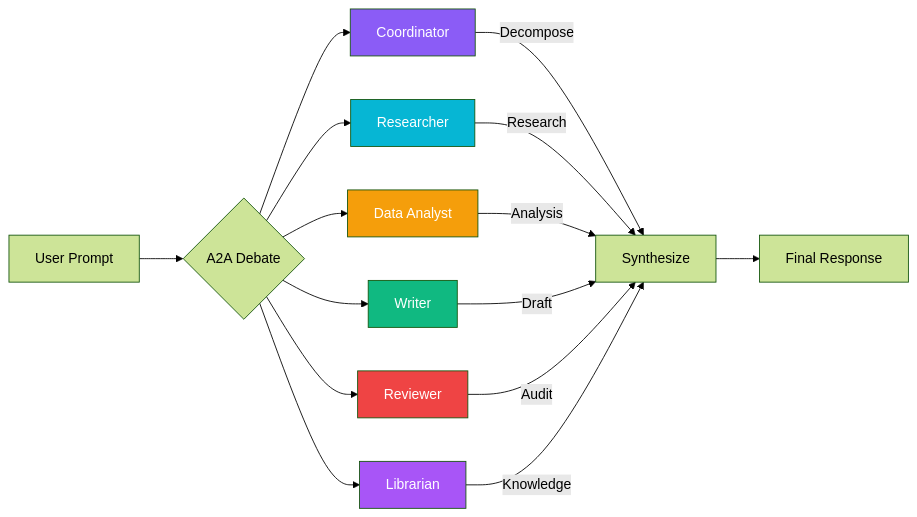
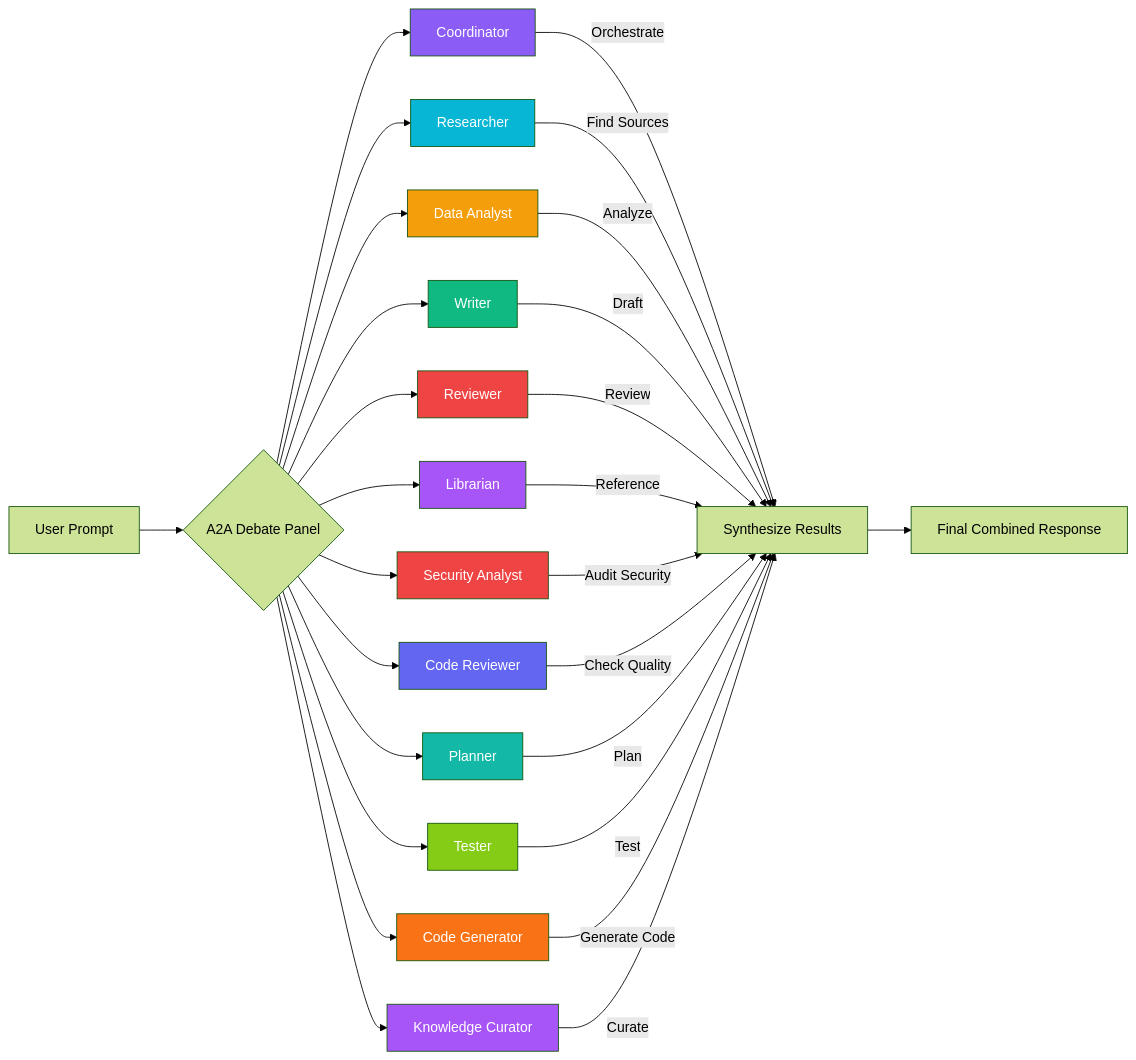
Before and after one commit to zsdotcom/zs-oks: the diagram in docs/guides/001-agents.md, drawn with Mermaid (forest theme). The commit also changed other lines of this file and 34 other files, not shown here.

Commit message:
docs: add Mermaid diagrams, expand agents to 12, add troubleshooting/FAQ, create Docsify site with SVG branding

````diff
--- a/docs/guides/001-agents.md
+++ b/docs/guides/001-agents.md
@@ -148,26 +222,44 @@
 ```mermaid
 flowchart LR
-  U[User Prompt] --> A2A{A2A Debate}
+  U[User Prompt] --> A2A{A2A Debate Panel}
   A2A --> C[Coordinator]
   A2A --> R[Researcher]
   A2A --> D[Data Analyst]
   A2A --> W[Writer]
   A2A --> V[Reviewer]
   A2A --> L[Librarian]
-  
-  C --> |Decompose| S[Synthesize]
-  R --> |Research| S
-  D --> |Analysis| S
-  W --> |Draft| S
-  V --> |Audit| S
-  L --> |Knowledge| S
-  
-  S --> Out[Final Response]
+  A2A --> S[Security Analyst]
+  A2A --> CR[Code Reviewer]
+  A2A --> P[Planner]
+  A2A --> T[Tester]
+  A2A --> CG[Code Generator]
+  A2A --> KC[Knowledge Curator]
+
+  C -->|Orchestrate| Synth[Synthesize Results]
+  R -->|Find Sources| Synth
+  D -->|Analyze| Synth
+  W -->|Draft| Synth
+  V -->|Review| Synth
+  L -->|Reference| Synth
+  S -->|Audit Security| Synth
+  CR -->|Check Quality| Synth
+  P -->|Plan| Synth
+  T -->|Test| Synth
+  CG -->|Generate Code| Synth
+  KC -->|Curate| Synth
+
+  Synth --> Out[Final Combined Response]
 
   style C fill:#8B5CF6,color:#fff
   style R fill:#06B6D4,color:#fff
   style D fill:#F59E0B,color:#fff
   style W fill:#10B981,color:#fff
   style V fill:#EF4444,color:#fff
   style L fill:#A855F7,color:#fff
+  style S fill:#EF4444,color:#fff
+  style CR fill:#6366F1,color:#fff
+  style P fill:#14B8A6,color:#fff
+  style T fill:#84CC16,color:#fff
+  style CG fill:#F97316,color:#fff
+  style KC fill:#A855F7,color:#fff
 ```
````
